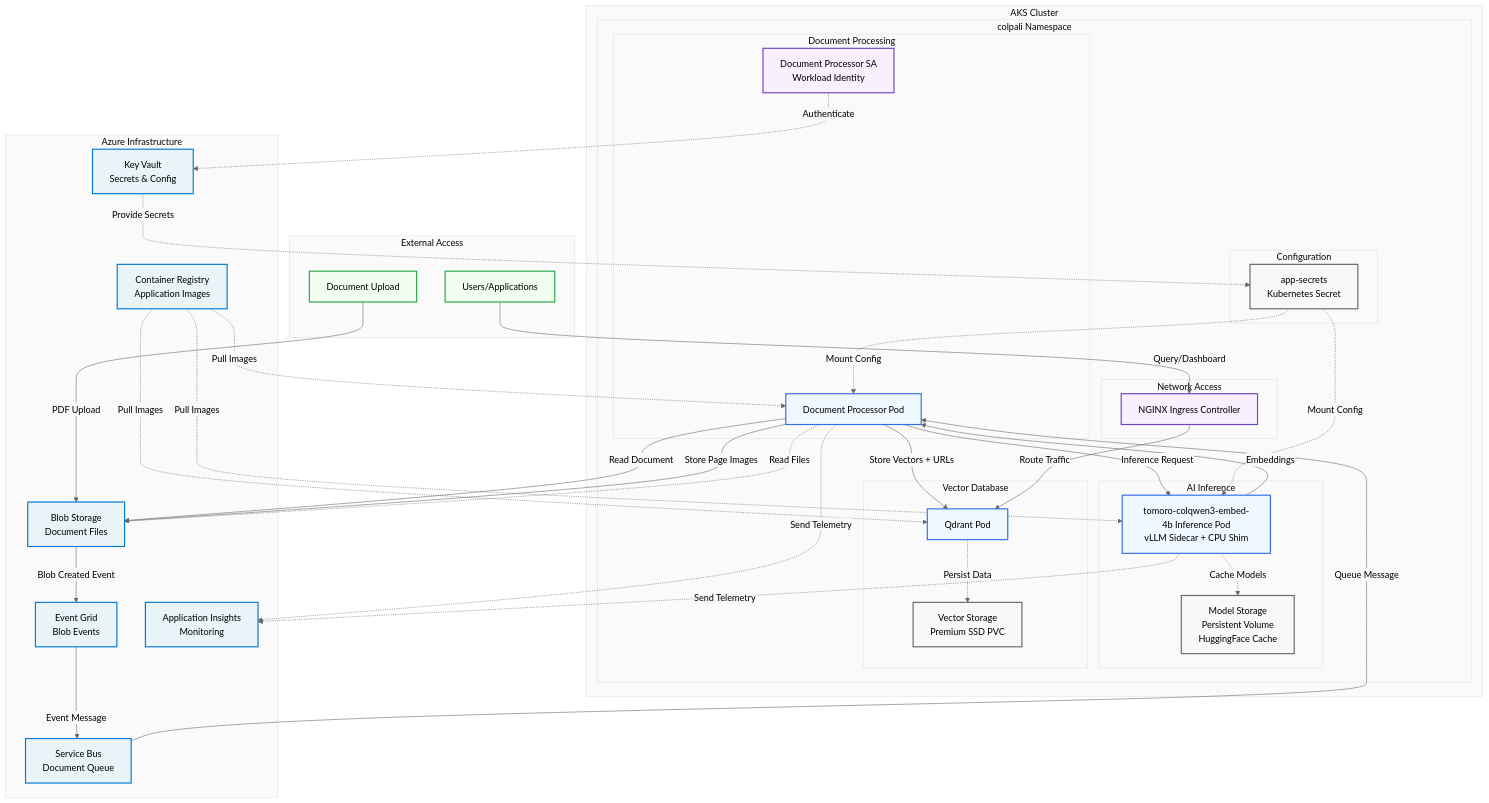
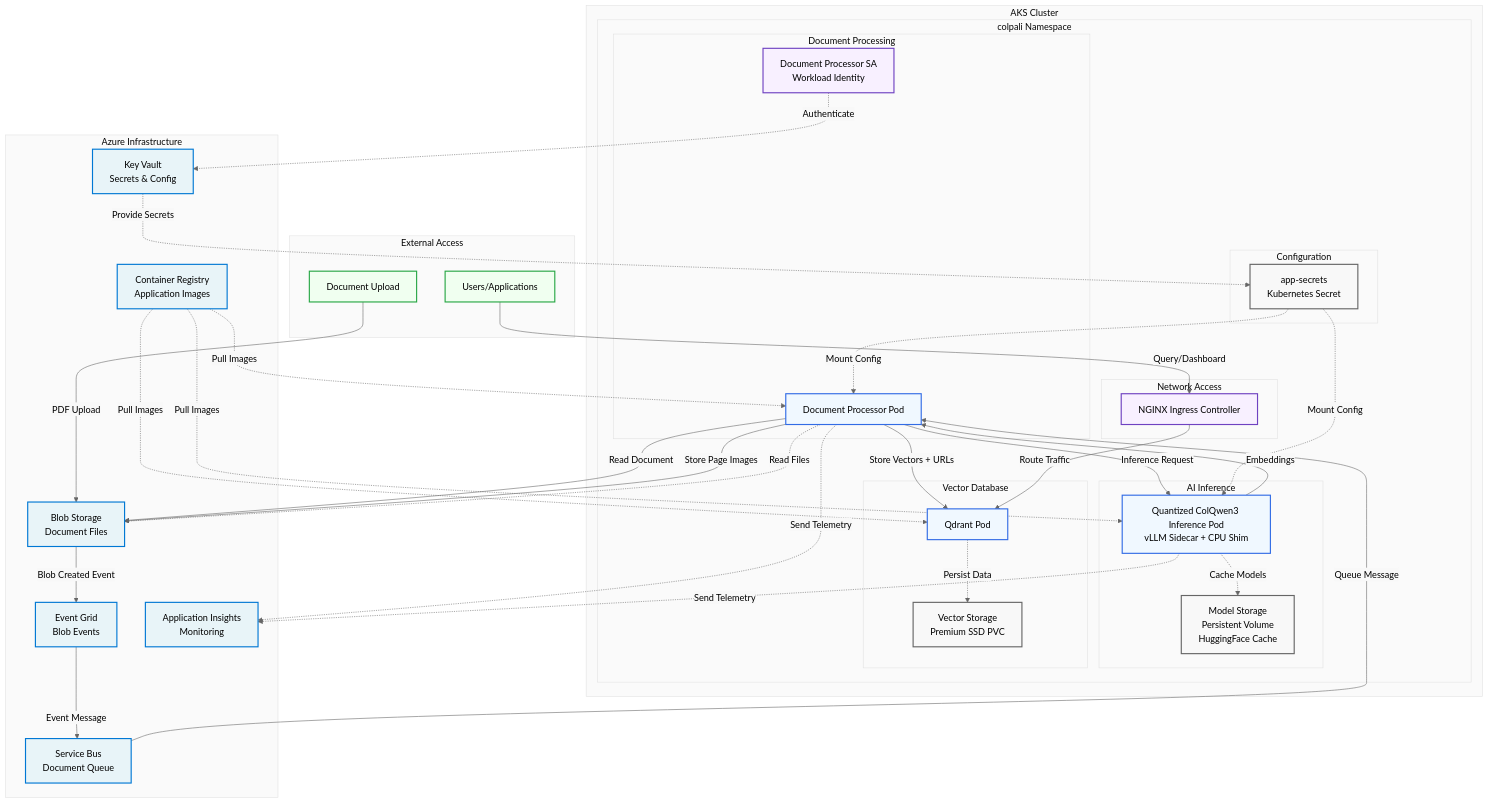
One commit to microsoft/multi-modal-rag-with-colpali changed the diagram in modules/helm/colpali-stack/README.md. Above: the diagram before and after it, drawn with Mermaid. The commit also changed other lines of this file and 5 other files, not shown here.

```diff
--- a/modules/helm/colpali-stack/README.md
+++ b/modules/helm/colpali-stack/README.md
@@ -105,7 +180,7 @@
             end
 
             subgraph "AI Inference"
-                CI[tomoro-colqwen3-embed-4b Inference Pod<br/>vLLM Sidecar + CPU Shim]
+                CI[Quantized ColQwen3 Inference Pod<br/>vLLM Sidecar + CPU Shim]
                 HFPV[Model Storage<br/>Persistent Volume<br/>HuggingFace Cache]
             end
 
```
